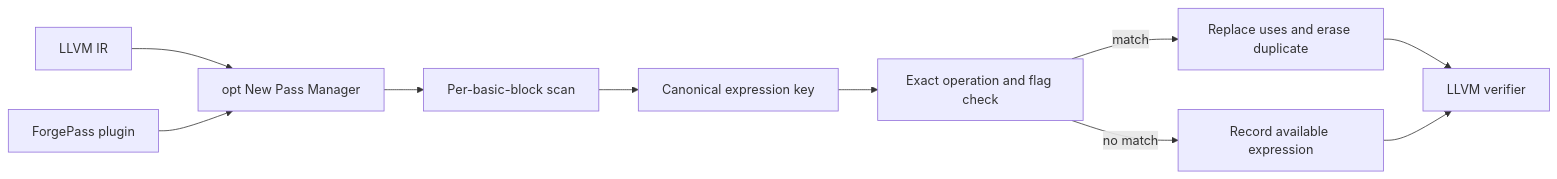
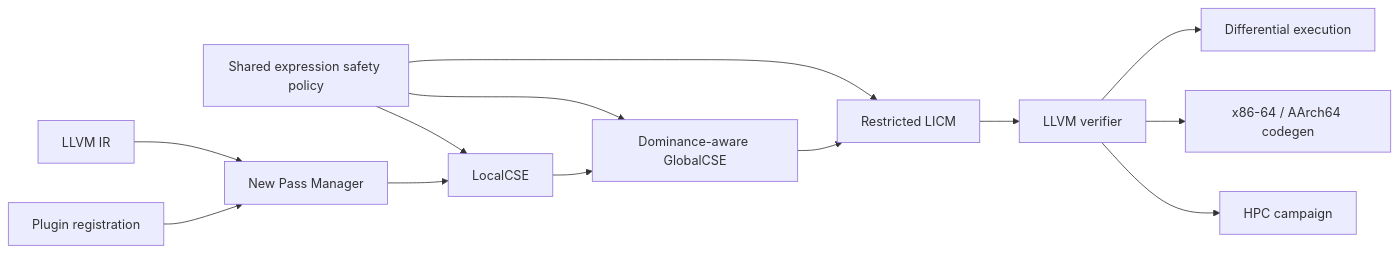
Before and after one commit to Mrudula-itsjuzme/forge-llvm: the diagram in README.md, drawn with Mermaid. The commit also changed other lines of this file and 24 other files, not shown here.

Commit message:
Add differential backend and HPC engineering workflows

````diff
--- a/README.md
+++ b/README.md
@@ -56,12 +36,12 @@
 ```mermaid
 flowchart LR
-  IR[LLVM IR] --> OPT[opt New Pass Manager]
-  PLUGIN[ForgePass plugin] --> OPT
-  OPT --> SCAN[Per-basic-block scan]
-  SCAN --> KEY[Canonical expression key]
-  KEY --> CHECK[Exact operation and flag check]
-  CHECK -->|match| REUSE[Replace uses and erase duplicate]
-  CHECK -->|no match| RECORD[Record available expression]
-  REUSE --> VERIFY[LLVM verifier]
-  RECORD --> VERIFY
+  IR[LLVM IR] --> PM[New Pass Manager]
+  REG[Plugin registration] --> PM
+  POLICY[Shared expression safety policy] --> LCSE[LocalCSE]
+  POLICY --> GCSE[Dominance-aware GlobalCSE]
+  POLICY --> LICM[Restricted LICM]
+  PM --> LCSE --> GCSE --> LICM --> V[LLVM verifier]
+  V --> DIFF[Differential execution]
+  V --> BACKEND[x86-64 / AArch64 codegen]
+  V --> BENCH[HPC campaign]
 ```
````
